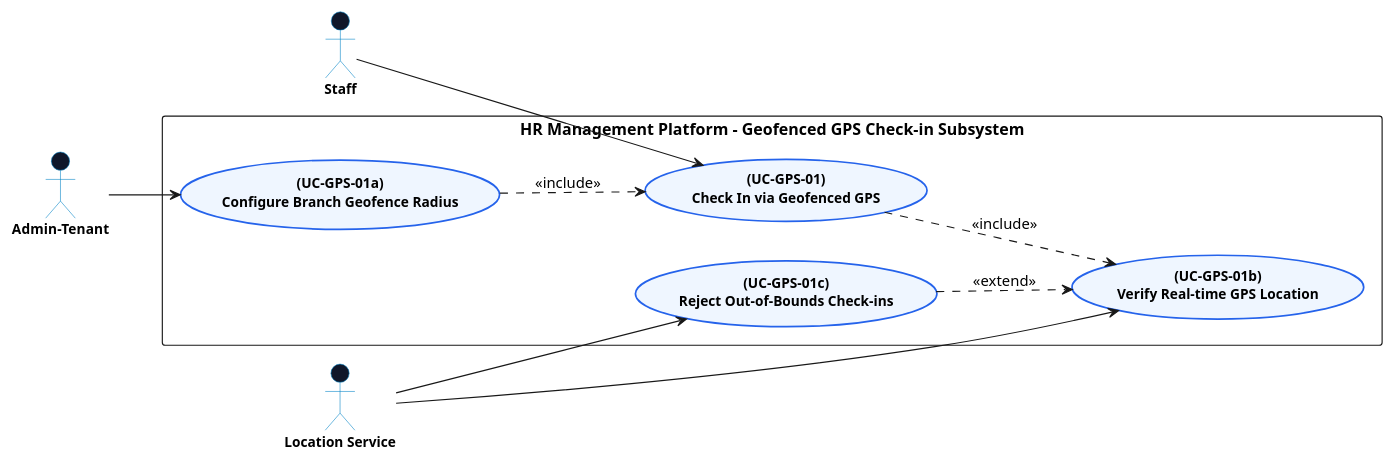
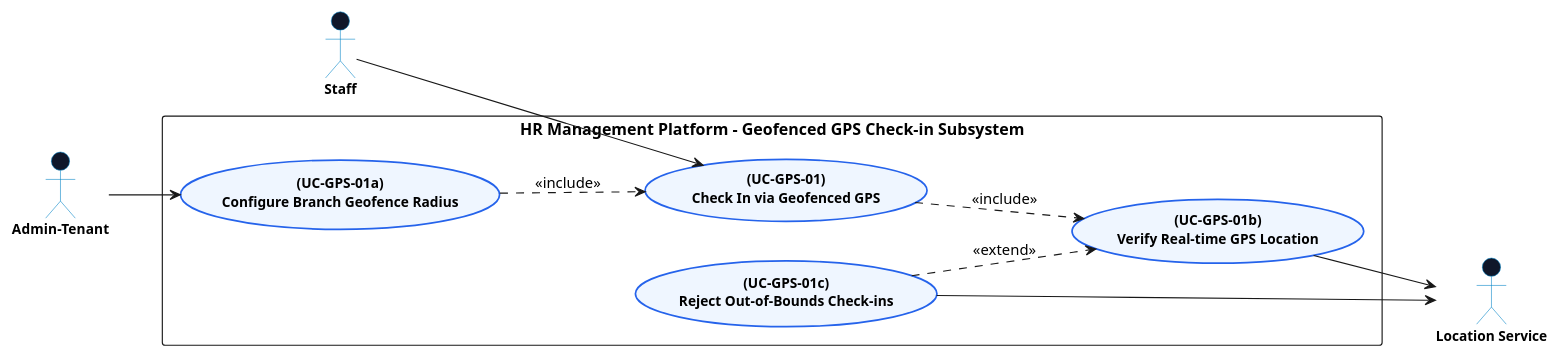
One commit to Dikhang1112/Monitoring_HR changed the diagram in docs/usecase_diagram/gps_attendance/GeofenceCheckinDiagram.md. Above: the diagram before and after it, drawn with PlantUML. The commit also changed other lines of this file and 17 other files, not shown here.

Commit message:
Usecase diagram of payroll

````diff
--- a/docs/usecase_diagram/gps_attendance/GeofenceCheckinDiagram.md
+++ b/docs/usecase_diagram/gps_attendance/GeofenceCheckinDiagram.md
@@ -9,61 +9,67 @@
 ```plantuml
 @startuml
 left to right direction
 skinparam packageStyle rectangle
 skinparam backgroundColor #ffffff
 skinparam shadowing false
 skinparam actorStyle stickman
 
 skinparam usecase {
   BackgroundColor #EFF6FF
   BorderColor #2563EB
   BorderThickness 1.5
   FontSize 12
   FontStyle bold
   FontName "Segoe UI"
 }
 
 skinparam actor {
   BackgroundColor #0F172A
   BorderColor #0284C7
   FontSize 12
   FontStyle bold
   FontName "Segoe UI"
 }
 
 ' =====================================================
-' ACTORS
+' PRIMARY ACTORS (LEFT SIDE)
 ' =====================================================
 actor "Staff" as EMP
 actor "Admin-Tenant" as ADMIN
-actor "Location Service" as LOC_SVC
 
 ' =====================================================
-' SYSTEM BOUNDARY & USE CASES
+' SYSTEM BOUNDARY & USE CASES (CENTER)
 ' =====================================================
 rectangle "HR Management Platform - Geofenced GPS Check-in Subsystem" {
     
     usecase "(UC-GPS-01)\nCheck In via Geofenced GPS" as UC_GPS01
     usecase "(UC-GPS-01a)\nConfigure Branch Geofence Radius" as UC_GPS01A
     usecase "(UC-GPS-01b)\nVerify Real-time GPS Location" as UC_GPS01B
     usecase "(UC-GPS-01c)\nReject Out-of-Bounds Check-ins" as UC_GPS01C
 }
 
 ' =====================================================
+' SECONDARY ACTORS (RIGHT SIDE)
+' =====================================================
+actor "Location Service" as LOC_SVC
+
+' =====================================================
 ' ACTOR CONNECTIONS
 ' =====================================================
+' Left Actors to Use Cases
 EMP --> UC_GPS01
 ADMIN --> UC_GPS01A
 
-LOC_SVC --> UC_GPS01B
-LOC_SVC --> UC_GPS01C
+' Use Cases to Right Actors
+UC_GPS01B --> LOC_SVC
+UC_GPS01C --> LOC_SVC
 
 ' =====================================================
 ' INCLUDE & EXTEND RELATIONSHIPS
 ' =====================================================
 UC_GPS01 ..> UC_GPS01B : <<include>>
 UC_GPS01A ..> UC_GPS01 : <<include>>
 UC_GPS01C ..> UC_GPS01B : <<extend>>
 
 @enduml
 ```
````
